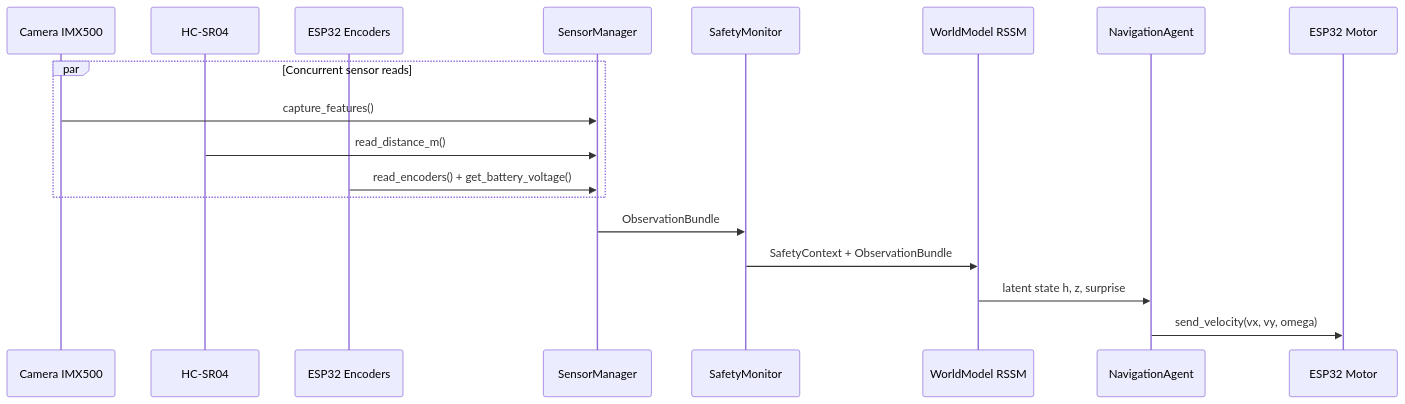
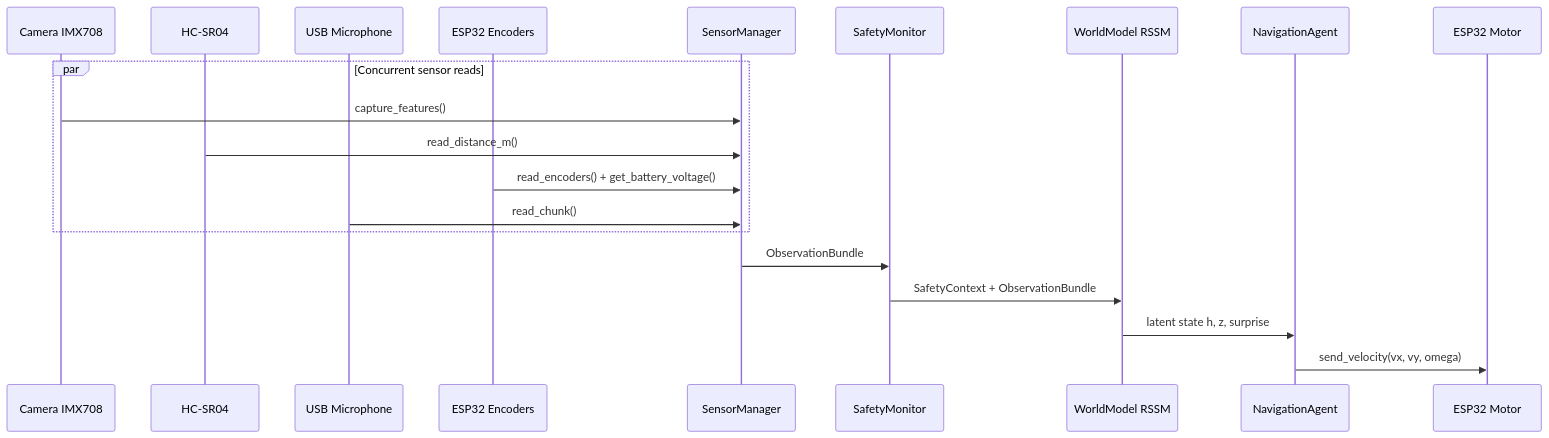
The fifth of 10 diagrams in docs/architecture.md (ianshank/Mouse-Droid-AGI), drawn with Mermaid before and after one commit. The commit also changed other lines of this file and 16 other files, not shown here.

````diff
--- a/docs/architecture.md
+++ b/docs/architecture.md
@@ -223,22 +226,24 @@
 ```mermaid
 sequenceDiagram
-    participant Camera as Camera IMX500
+    participant Camera as Camera IMX708
     participant Sonic as HC-SR04
+    participant Mic as USB Microphone
     participant ESP32 as ESP32 Encoders
     participant SM as SensorManager
     participant Safety as SafetyMonitor
     participant WM as WorldModel RSSM
     participant Agent as NavigationAgent
     participant Motor as ESP32 Motor
 
     par Concurrent sensor reads
         Camera->>SM: capture_features()
         Sonic->>SM: read_distance_m()
         ESP32->>SM: read_encoders() + get_battery_voltage()
+        Mic->>SM: read_chunk()
     end
 
     SM->>Safety: ObservationBundle
     Safety->>WM: SafetyContext + ObservationBundle
     WM->>Agent: latent state h, z, surprise
     Agent->>Motor: send_velocity(vx, vy, omega)
 ```
````
